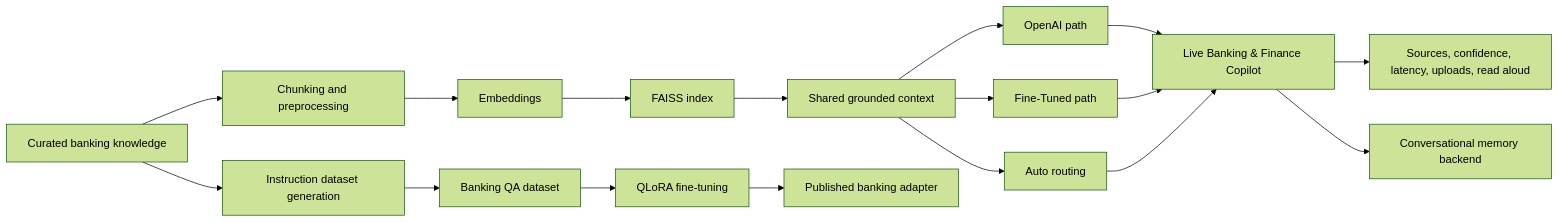
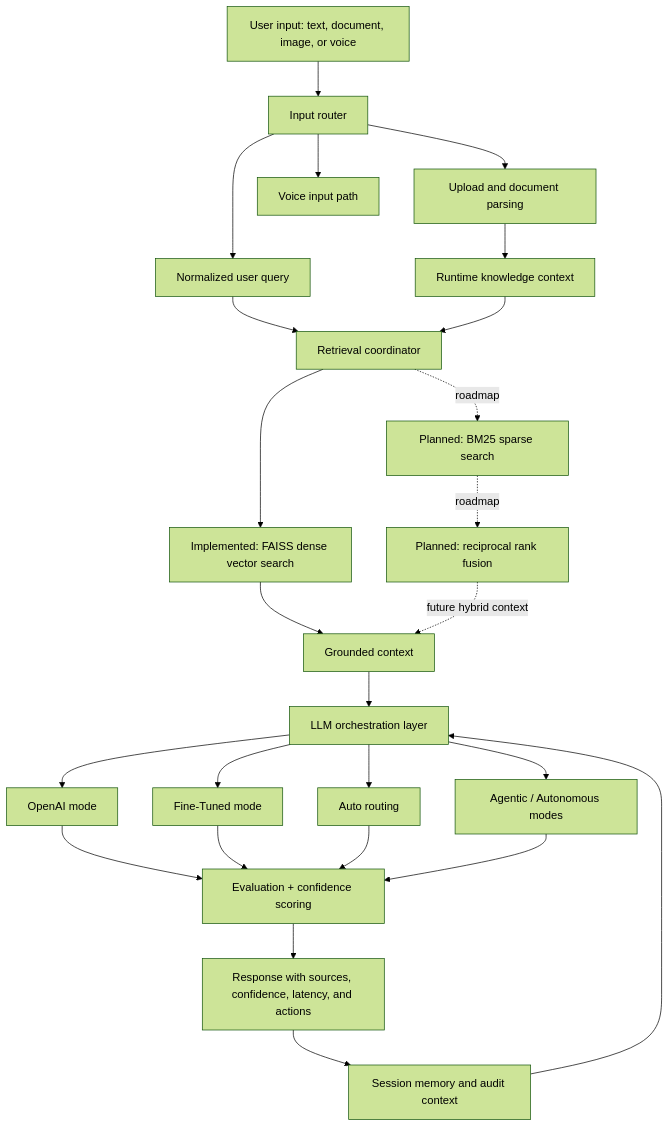
Before and after one commit to rakeshmadasaniai/banking-genai-portfolio: the diagram in README.md, drawn with Mermaid (forest theme). The commit also changed other lines of this file and 11 other files, not shown here.

````diff
--- a/README.md
+++ b/README.md
@@ -91,23 +48,32 @@
 ```mermaid
-flowchart LR
-    A["Curated banking knowledge"] --> B["Chunking and preprocessing"]
-    B --> C["Embeddings"]
-    C --> D["FAISS index"]
-    D --> E["Shared grounded context"]
+flowchart TD
+    U["User input: text, document, image, or voice"] --> IR["Input router"]
+    IR --> UP["Upload and document parsing"]
+    IR --> VI["Voice input path"]
+    IR --> Q["Normalized user query"]
 
-    A --> F["Instruction dataset generation"]
-    F --> G["Banking QA dataset"]
-    G --> H["QLoRA fine-tuning"]
-    H --> I["Published banking adapter"]
+    UP --> KB["Runtime knowledge context"]
+    Q --> RC["Retrieval coordinator"]
+    KB --> RC
 
-    E --> J["OpenAI path"]
-    E --> K["Fine-Tuned path"]
-    E --> L["Auto routing"]
+    RC --> FAISS["Implemented: FAISS dense vector search"]
+    RC -. "roadmap" .-> BM25["Planned: BM25 sparse search"]
+    BM25 -. "roadmap" .-> RRF["Planned: reciprocal rank fusion"]
+    FAISS --> GC["Grounded context"]
+    RRF -. "future hybrid context" .-> GC
 
-    J --> M["Live Banking & Finance Copilot"]
-    K --> M
-    L --> M
+    GC --> ORCH["LLM orchestration layer"]
+    ORCH --> OAI["OpenAI mode"]
+    ORCH --> FT["Fine-Tuned mode"]
+    ORCH --> AUTO["Auto routing"]
+    ORCH --> AGENT["Agentic / Autonomous modes"]
 
-    M --> N["Sources, confidence, latency, uploads, read aloud"]
-    M --> O["Conversational memory backend"]
+    OAI --> EVAL["Evaluation + confidence scoring"]
+    FT --> EVAL
+    AUTO --> EVAL
+    AGENT --> EVAL
+
+    EVAL --> RESP["Response with sources, confidence, latency, and actions"]
+    RESP --> MEM["Session memory and audit context"]
+    MEM --> ORCH
 ```
````
